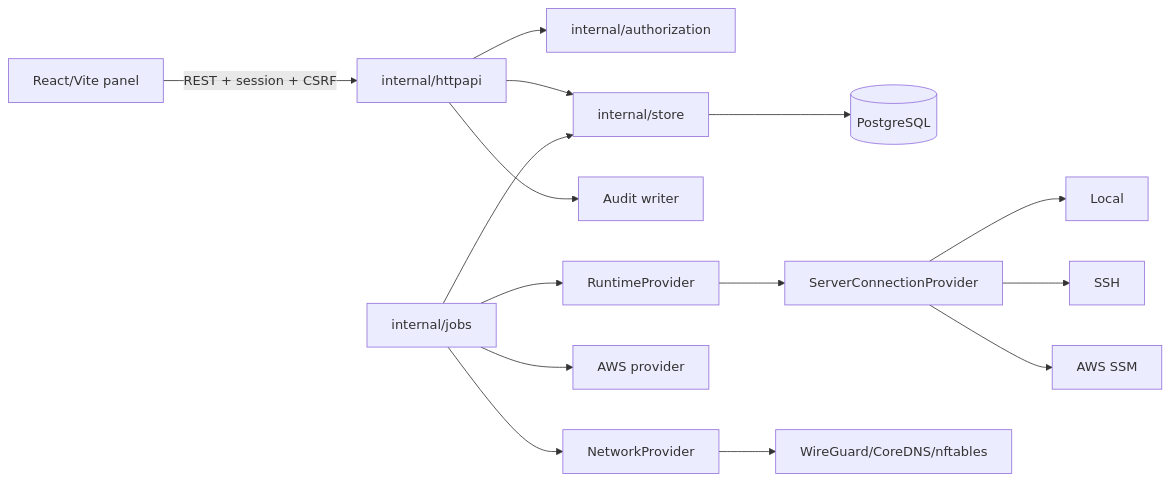
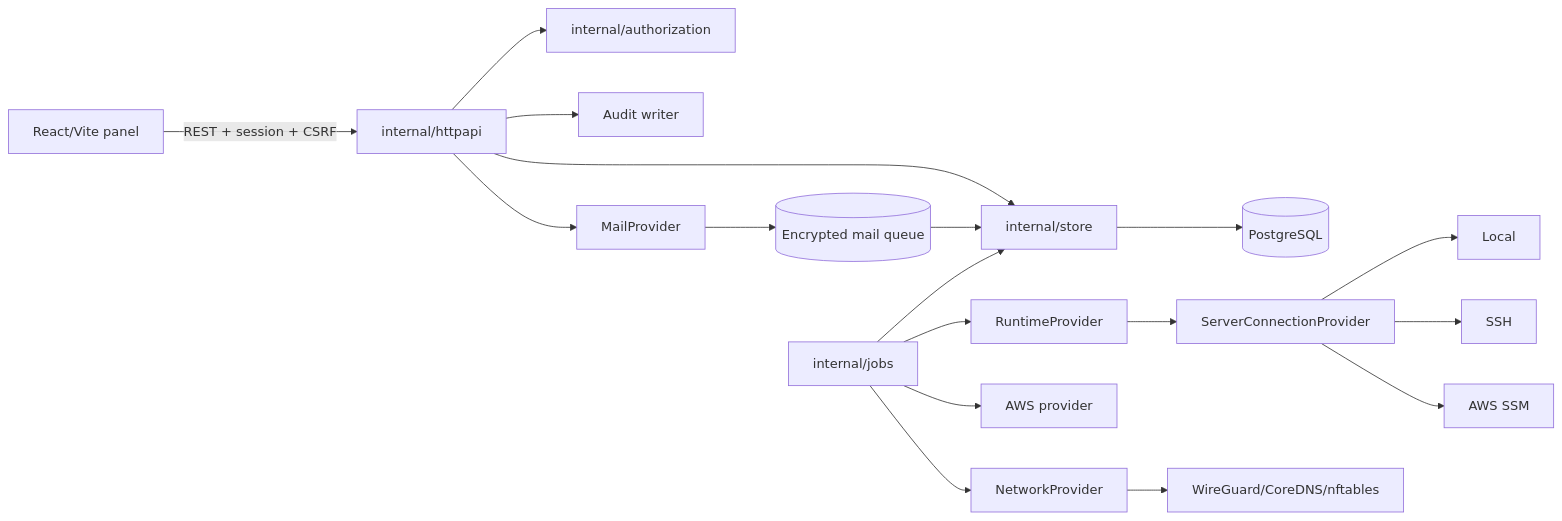
Before and after one commit to itsmangooo/Silicon-Docs: the diagram in docs/developers/architecture.md, drawn with Mermaid. The commit also changed other lines of this file and 9 other files, not shown here.

````diff
--- a/docs/developers/architecture.md
+++ b/docs/developers/architecture.md
@@ -5,17 +5,20 @@
 ```mermaid
 flowchart LR
   Browser[React/Vite panel] -->|REST + session + CSRF| API[internal/httpapi]
   API --> Policy[internal/authorization]
   API --> Store[internal/store]
   Store --> DB[(PostgreSQL)]
   API --> Audit[Audit writer]
+  API --> Mail[MailProvider]
+  Mail --> MailQueue[(Encrypted mail queue)]
+  MailQueue --> Store
   Jobs[internal/jobs] --> Store
   Jobs --> Runtime[RuntimeProvider]
   Jobs --> AWS[AWS provider]
   Jobs --> Network[NetworkProvider]
   Runtime --> Connection[ServerConnectionProvider]
   Connection --> Local[Local]
   Connection --> SSH[SSH]
   Connection --> SSM[AWS SSM]
   Network --> WireGuard[WireGuard/CoreDNS/nftables]
 ```
````
